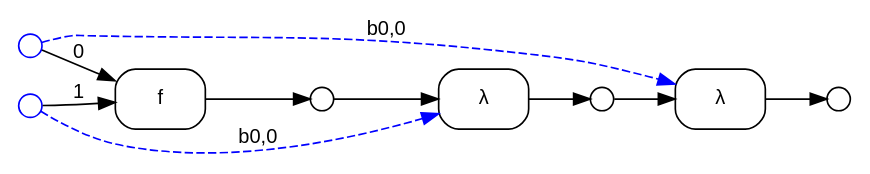
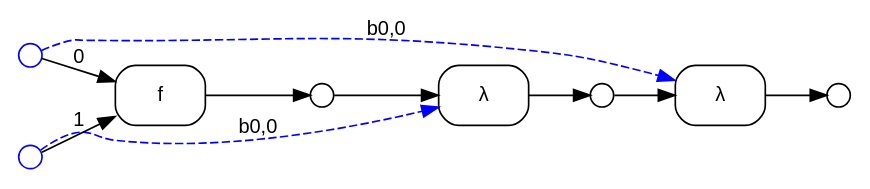
Before and after one commit to ammatsui/bhypvis: the diagram in example_curried.dot, drawn with Graphviz. The commit also changed other lines of this file and 828 other files, not shown here.

```diff
--- a/example_curried.dot
+++ b/example_curried.dot
@@ -1,32 +1,32 @@
 digraph G {
   fontname="Helvetica"
   fontsize=12
   rankdir=LR;
   node [fontname="Helvetica", fontsize=12];
   edge [fontname="Helvetica", fontsize=12];
 
   // Nodes
+  n4 [label="", shape=circle, style=filled, fillcolor=white, color="black", width=0.2, height=0.2, fixedsize=true];
   n0 [label="", shape=circle, style=filled, fillcolor=white, color="blue", width=0.2, height=0.2, fixedsize=true];
   n1 [label="", shape=circle, style=filled, fillcolor=white, color="blue", width=0.2, height=0.2, fixedsize=true];
   n3 [label="", shape=circle, style=filled, fillcolor=white, color="black", width=0.2, height=0.2, fixedsize=true];
-  n4 [label="", shape=circle, style=filled, fillcolor=white, color="black", width=0.2, height=0.2, fixedsize=true];
   n2 [label="", shape=circle, style=filled, fillcolor=white, color="black", width=0.2, height=0.2, fixedsize=true];
 
   // Hyperedges
   e2 [label="λ", shape=box, style=rounded, color="black"];
+  e1 [label="λ", shape=box, style=rounded, color="black"];
   e0 [label="f", shape=box, style=rounded, color="black"];
-  e1 [label="λ", shape=box, style=rounded, color="black"];
 
   // Source connections
   n3 -> e2 [label=""];
   n0 -> e2 [style=dashed, color="blue", constraint=false, label="b0,0"];
+  n2 -> e1 [label=""];
+  n1 -> e1 [style=dashed, color="blue", constraint=false, label="b0,0"];
   n0 -> e0 [label="0"];
   n1 -> e0 [label="1"];
-  n2 -> e1 [label=""];
-  n1 -> e1 [style=dashed, color="blue", constraint=false, label="b0,0"];
 
   // Target connections
   e2 -> n4 [label=""];
+  e1 -> n3 [label=""];
   e0 -> n2 [label=""];
-  e1 -> n3 [label=""];
 }
```
